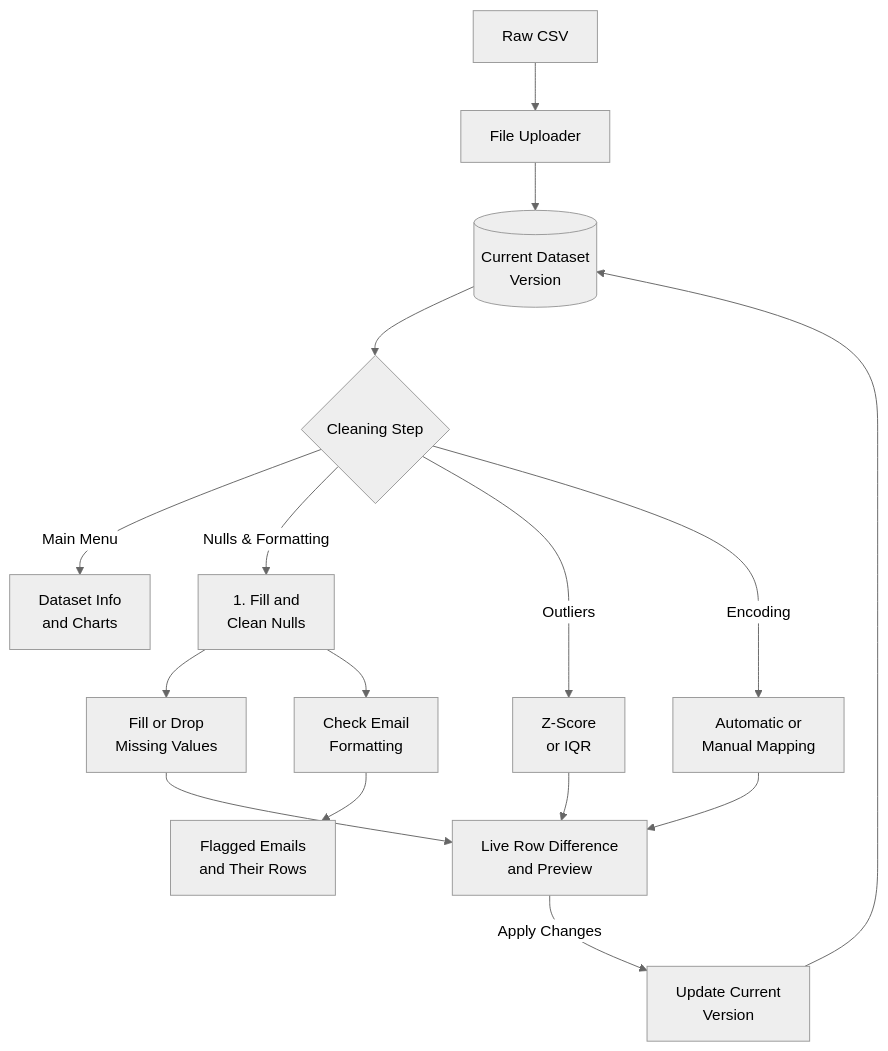
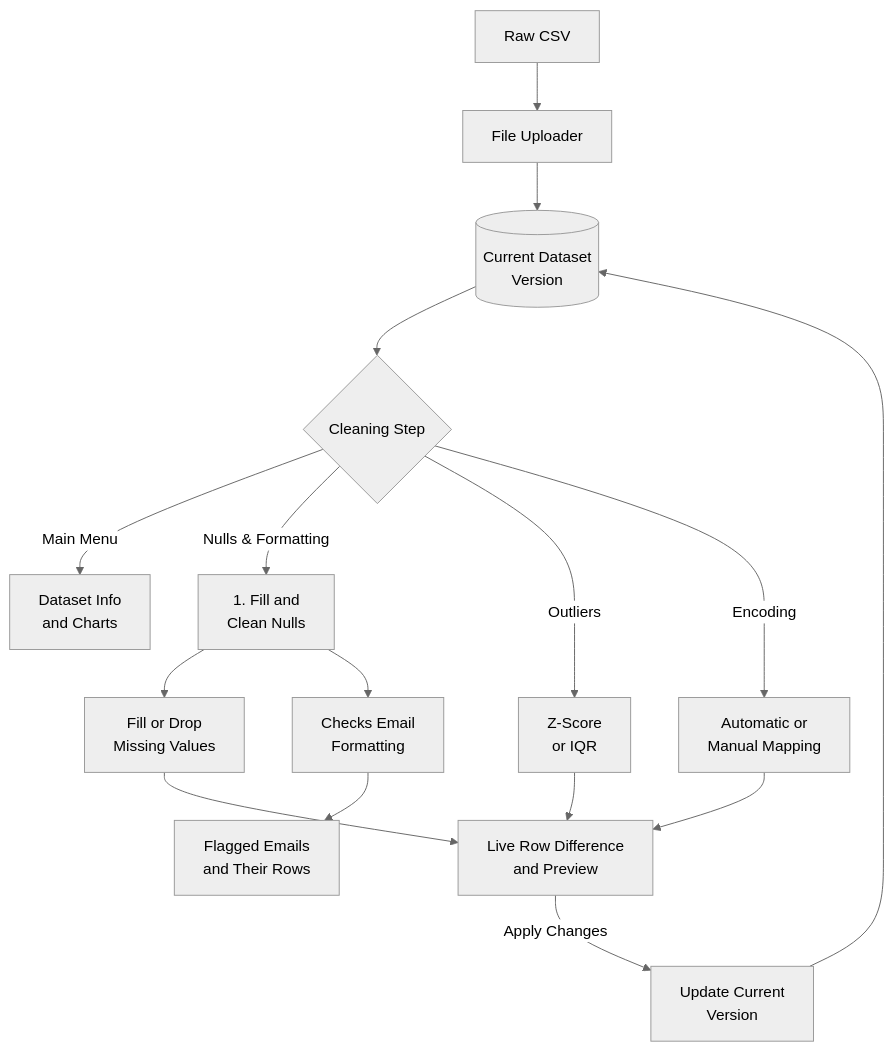
One commit to aniketbhopale/DataLave changed the first of 2 diagrams in README.md. Above: the diagram before and after it, drawn with Mermaid (neutral theme). The commit also changed other lines of this file, not shown here.

````diff
--- a/README.md
+++ b/README.md
@@ -14,23 +14,23 @@
 ```mermaid
 
 flowchart TD
     A["Raw CSV"] --> B["File Uploader"]
     B --> C[("Current Dataset<br/>Version")]
     C --> D{"Cleaning Step"}
 
     D -->|Main Menu| E["Dataset Info<br/>and Charts"]
     D -->|Nulls & Formatting| M1["1. Fill and<br/>Clean Nulls"]
     M1 --> F["Fill or Drop<br/>Missing Values"]
-    M1 --> F2["Check Email<br/>Formatting"]
+    M1 --> F2["Checks Email<br/>Formatting"]
     D -->|Outliers| G["Z-Score<br/>or IQR"]
     D -->|Encoding| H["Automatic or<br/>Manual Mapping"]
 
     F --> I["Live Row Difference<br/>and Preview"]
     F2 --> I2["Flagged Emails<br/>and Their Rows"]
     G --> I
     H --> I
 
     I -->|Apply Changes| J["Update Current<br/>Version"]
     J --> C
 
 ```
````
